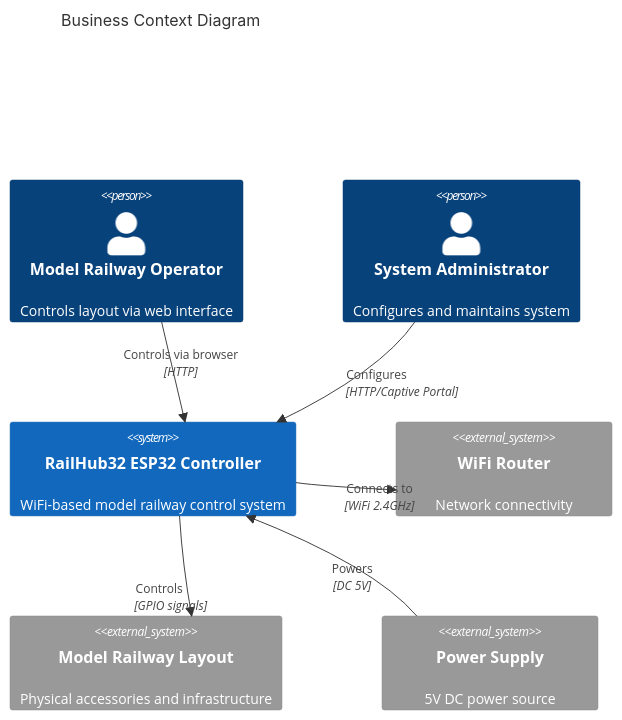
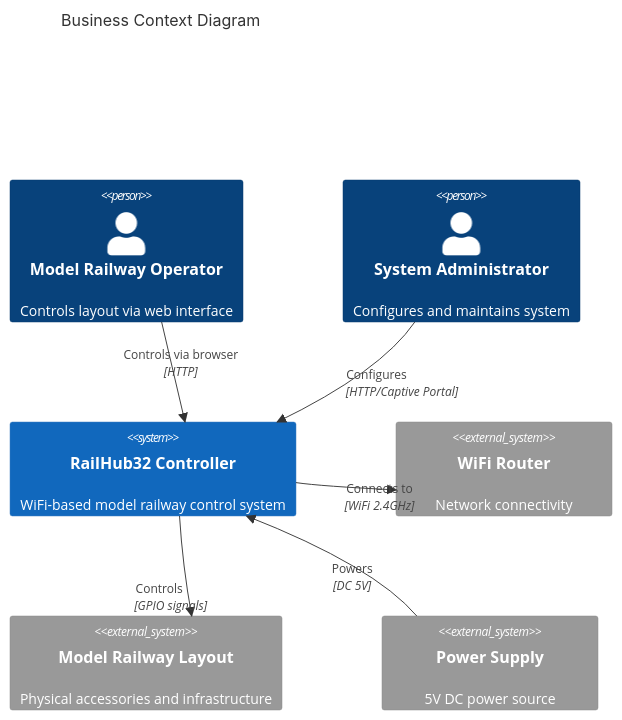
One commit to Mark-Ortner-NRW/RailHub32-ESP32-Firmware changed the second of 9 diagrams in arc42/03_context_and_scope.md. Above: the diagram before and after it, drawn with Mermaid. The commit also changed 12 other files, not shown here.

Commit message:
Refactor product naming and documentation for consistency across the RailHub32 project

````diff
--- a/arc42/03_context_and_scope.md
+++ b/arc42/03_context_and_scope.md
@@ -45,22 +45,22 @@
 ```mermaid
 C4Context
     title Business Context Diagram
     
     Person(user, "Model Railway Operator", "Controls layout via web interface")
     Person(admin, "System Administrator", "Configures and maintains system")
     
-    System(railhub, "RailHub32 ESP32 Controller", "WiFi-based model railway control system")
+    System(railhub, "RailHub32 Controller", "WiFi-based model railway control system")
     
     System_Ext(router, "WiFi Router", "Network connectivity")
     System_Ext(railway, "Model Railway Layout", "Physical accessories and infrastructure")
     System_Ext(power, "Power Supply", "5V DC power source")
     
     Rel(user, railhub, "Controls via browser", "HTTP")
     Rel(admin, railhub, "Configures", "HTTP/Captive Portal")
     Rel(railhub, router, "Connects to", "WiFi 2.4GHz")
     Rel(railhub, railway, "Controls", "GPIO signals")
     Rel(power, railhub, "Powers", "DC 5V")
     
     UpdateRelStyle(user, railhub, $offsetX="-50", $offsetY="-20")
     UpdateRelStyle(railhub, railway, $offsetX="-50", $offsetY="20")
 ```
````
